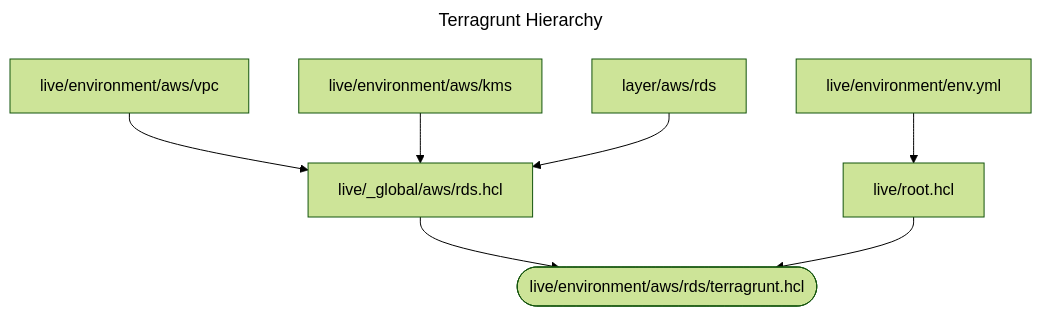
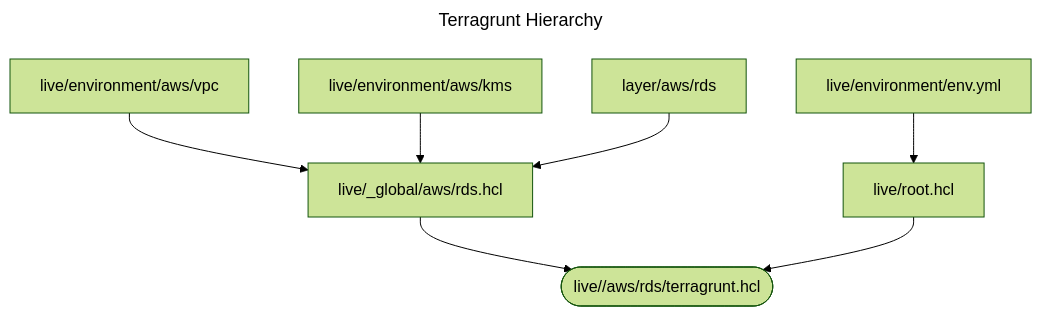
Before and after one commit to tkreque/poc: the diagram in poc-terragrunt/README.md, drawn with Mermaid (forest theme).

Commit message:
Improved the solution to avoid repetition on the Terragrunt configuration (Fixed README)

````diff
--- a/poc-terragrunt/README.md
+++ b/poc-terragrunt/README.md
@@ -75,14 +75,14 @@
 ```mermaid
 ---
 title: Terragrunt Hierarchy
 config:
   width: 400
 ---
 graph TD;
-  B["live/_global/aws/rds.hcl"] --> A(["live/environment/aws/rds/terragrunt.hcl"]);
+  B["live/_global/aws/rds.hcl"] --> A(["live/<env>/aws/rds/terragrunt.hcl"]);
   C["live/root.hcl"] --> A;
   D["live/environment/aws/vpc"] --> B;
   E["live/environment/aws/kms"] --> B;
   F["layer/aws/rds"] --> B;
   G["live/environment/env.yml"] --> C;
 ```
````
